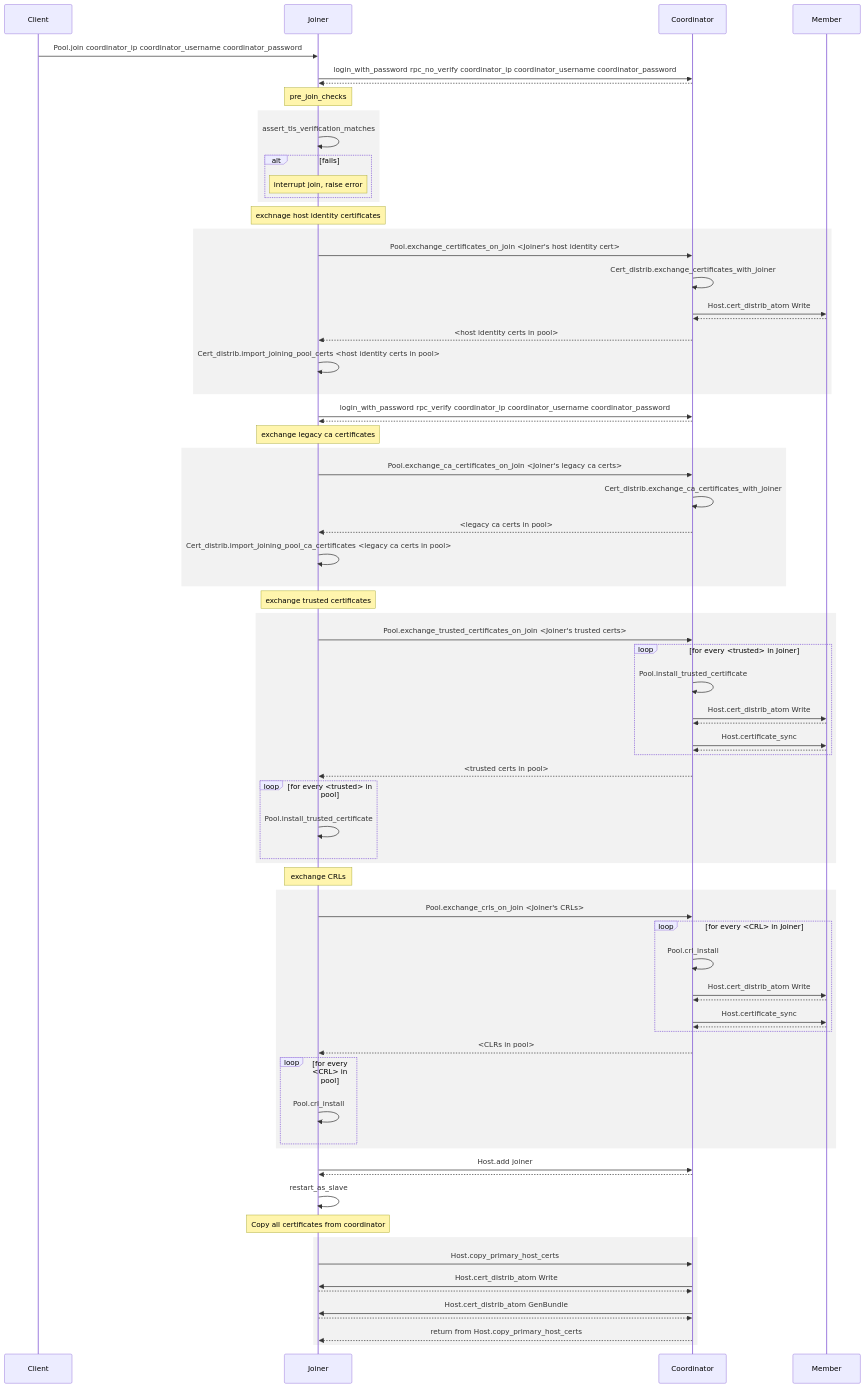
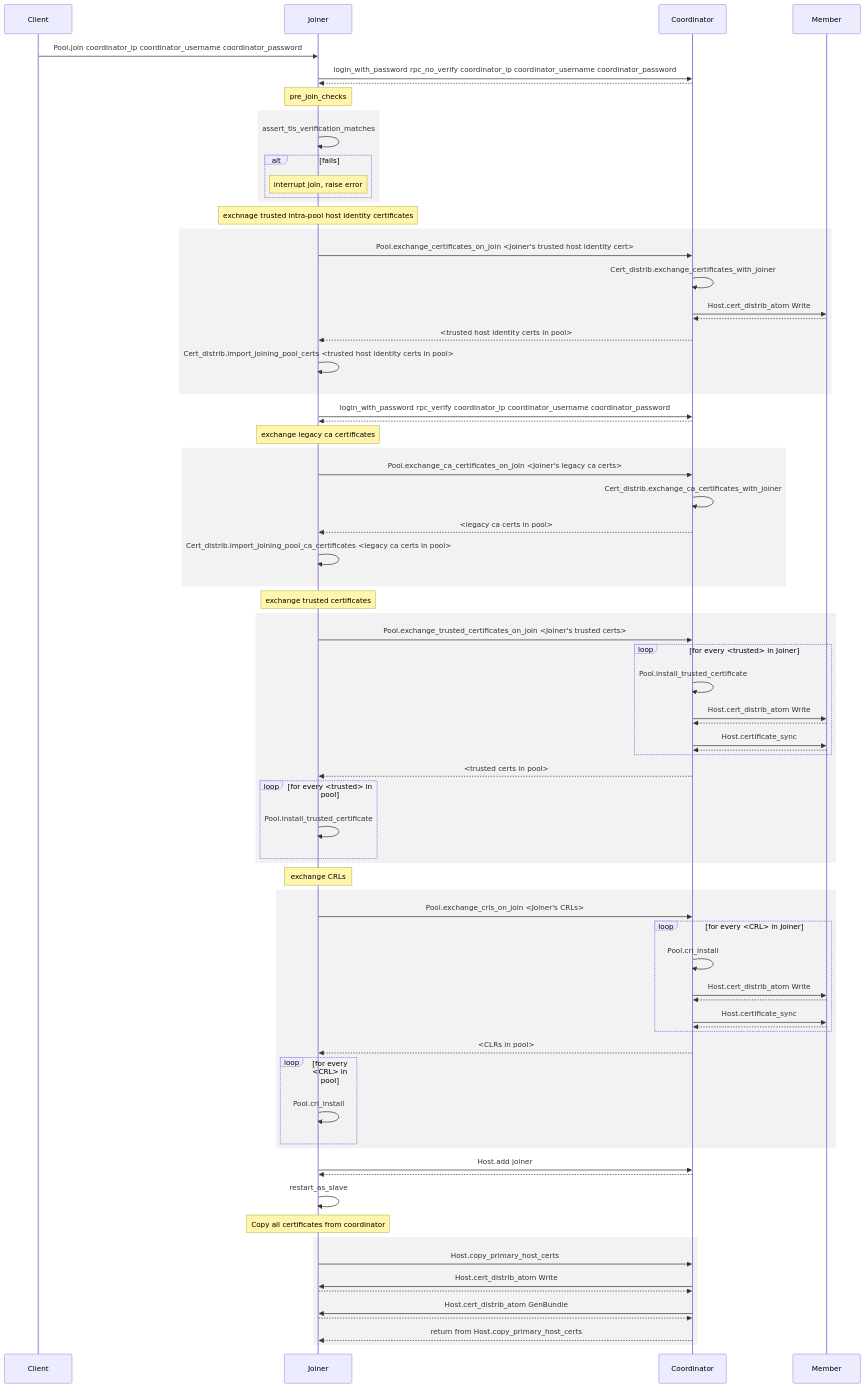
The diagram in doc/content/design/pool-certificates.md (xapi-project/xen-api), drawn with Mermaid before and after one commit. The commit also changed other lines of this file, not shown here.

Commit message:
fixup! [doc] Update how to handle trusted certificates when pool.join

```diff
--- a/doc/content/design/pool-certificates.md
+++ b/doc/content/design/pool-certificates.md
@@ -173,14 +173,14 @@
 end
 end
 
-Note over join: exchnage host identity certificates
+Note over join: exchnage trusted intra-pool host identity certificates
 rect rgba(0,0,0,0.05)
-join->>coor: Pool.exchange_certificates_on_join <Joiner's host identity cert>
+join->>coor: Pool.exchange_certificates_on_join <Joiner's trusted host identity cert>
 coor->>coor: Cert_distrib.exchange_certificates_with_joiner
 coor->>memb: Host.cert_distrib_atom Write
 memb-->>coor:
-coor-->>join: <host identity certs in pool>
-join->>join: Cert_distrib.import_joining_pool_certs <host identity certs in pool>
+coor-->>join: <trusted host identity certs in pool>
+join->>join: Cert_distrib.import_joining_pool_certs <trusted host identity certs in pool>
 end
 
 join->>coor:login_with_password rpc_verify coordinator_ip coordinator_username coordinator_password
```
